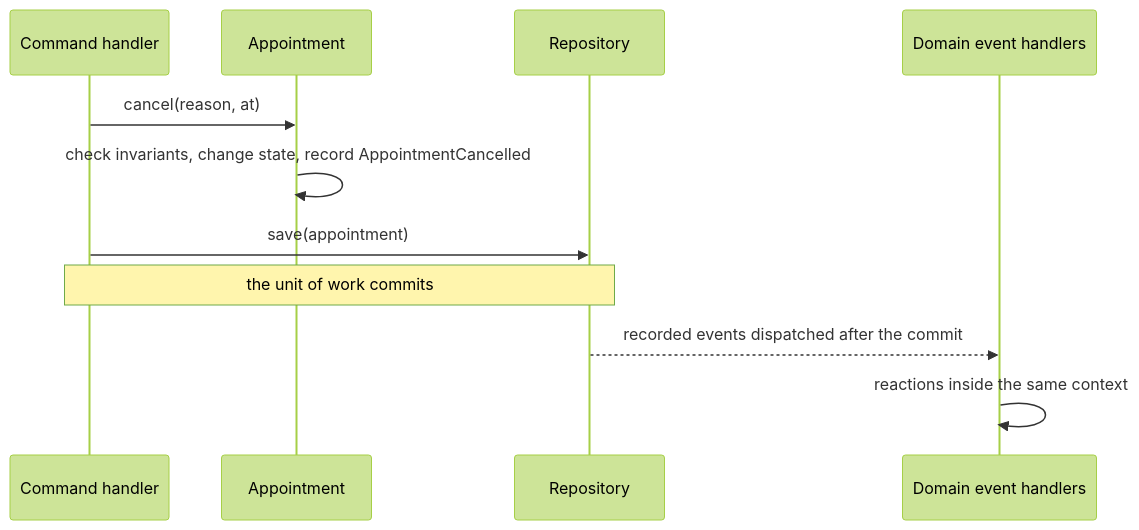
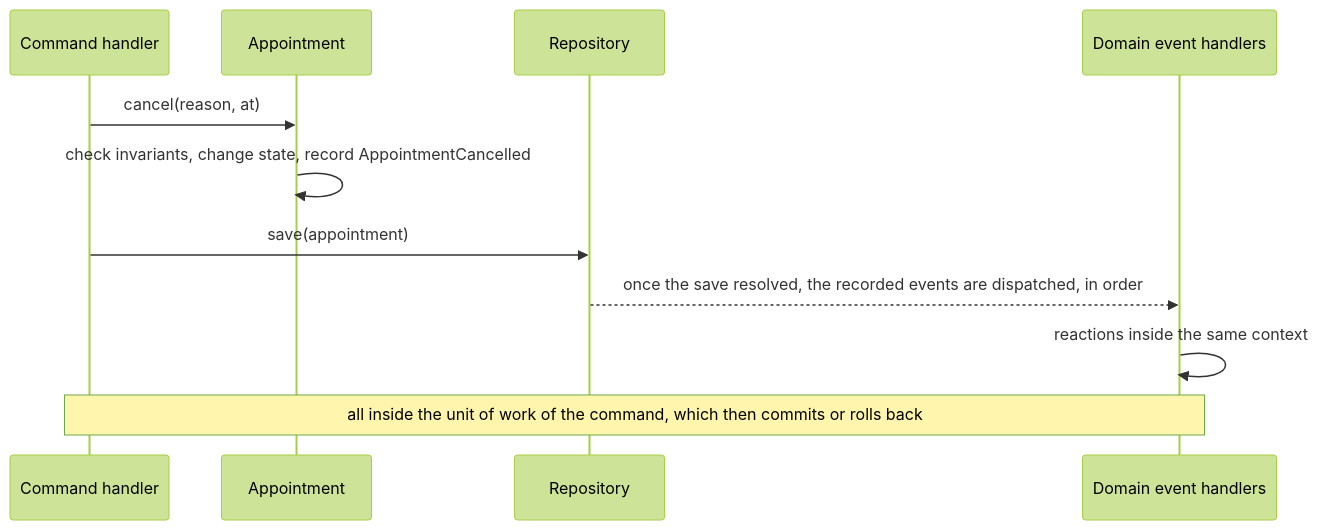
Before and after one commit to gbourgeat/ddd-ts-kit: the diagram in docs/concepts/domain-building-blocks.md, drawn with Mermaid (forest theme). The commit also changed other lines of this file and 91 other files, not shown here.

````diff
--- a/docs/concepts/domain-building-blocks.md
+++ b/docs/concepts/domain-building-blocks.md
@@ -36,13 +36,13 @@
 ```mermaid
 sequenceDiagram
   participant H as Command handler
   participant A as Appointment
   participant R as Repository
   participant D as Domain event handlers
   H->>A: cancel(reason, at)
   A->>A: check invariants, change state, record AppointmentCancelled
   H->>R: save(appointment)
-  Note over H,R: the unit of work commits
-  R-->>D: recorded events dispatched after the commit
+  R-->>D: once the save resolved, the recorded events are dispatched, in order
   D->>D: reactions inside the same context
+  Note over H,D: all inside the unit of work of the command, which then commits or rolls back
 ```
````
